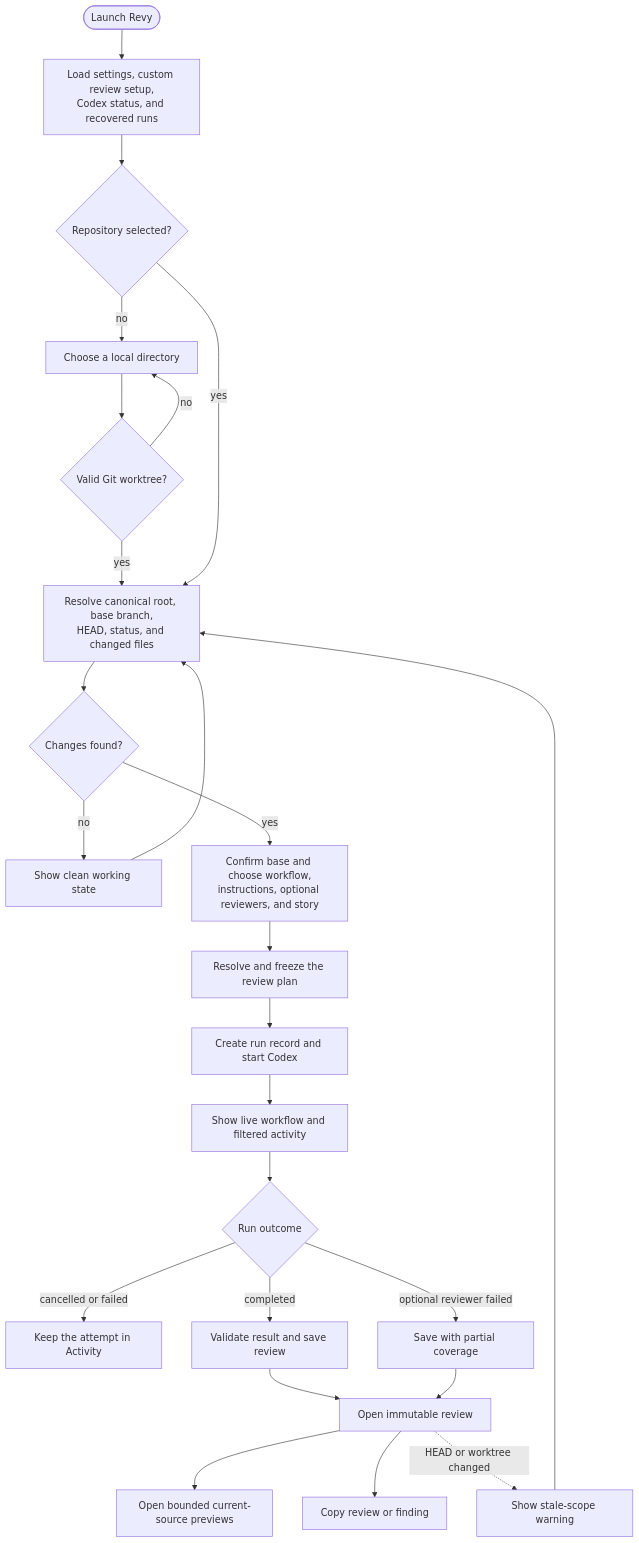
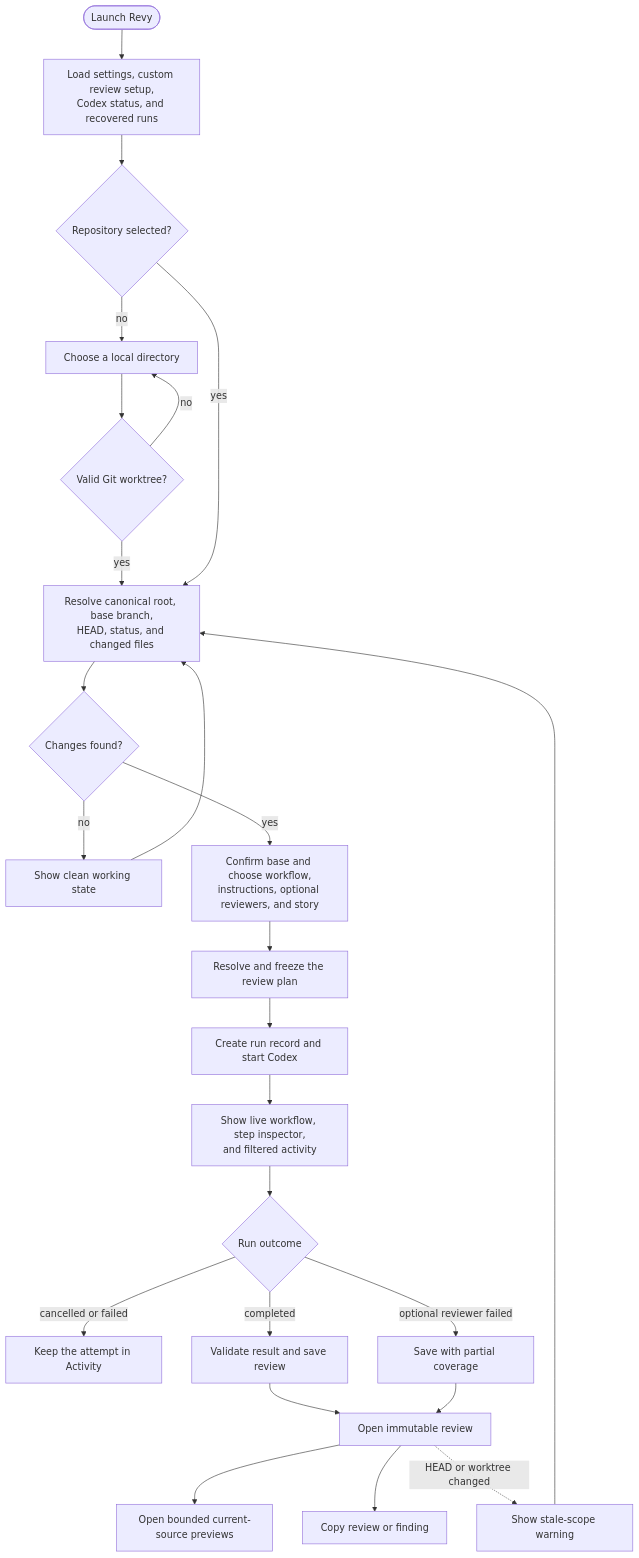
Before and after one commit to phillippbertram/revy: the third of 7 diagrams in docs/architecture.md, drawn with Mermaid. The commit also changed other lines of this file and 14 other files, not shown here.

````diff
--- a/docs/architecture.md
+++ b/docs/architecture.md
@@ -160,28 +161,28 @@
 ```mermaid
 flowchart TD
     launch([Launch Revy]) --> bootstrap[Load settings, custom review setup,<br/>Codex status, and recovered runs]
     bootstrap --> selected{Repository selected?}
     selected -- no --> picker[Choose a local directory]
     picker --> validate{Valid Git worktree?}
     validate -- no --> picker
     validate -- yes --> snapshot[Resolve canonical root, base branch,<br/>HEAD, status, and changed files]
     selected -- yes --> snapshot
 
     snapshot --> changes{Changes found?}
     changes -- no --> wait[Show clean working state]
     wait --> snapshot
     changes -- yes --> configure[Confirm base and choose workflow,<br/>instructions, optional reviewers, and story]
     configure --> plan[Resolve and freeze the review plan]
     plan --> run[Create run record and start Codex]
-    run --> live[Show live workflow and filtered activity]
+    run --> live[Show live workflow, step inspector,<br/>and filtered activity]
     live --> outcome{Run outcome}
     outcome -- cancelled or failed --> activity[Keep the attempt in Activity]
     outcome -- completed --> save[Validate result and save review]
     outcome -- optional reviewer failed --> partial[Save with partial coverage]
     save --> result[Open immutable review]
     partial --> result
     result --> source[Open bounded current-source previews]
     result --> copy[Copy review or finding]
     result -. HEAD or worktree changed .-> stale[Show stale-scope warning]
     stale --> snapshot
 ```
````
